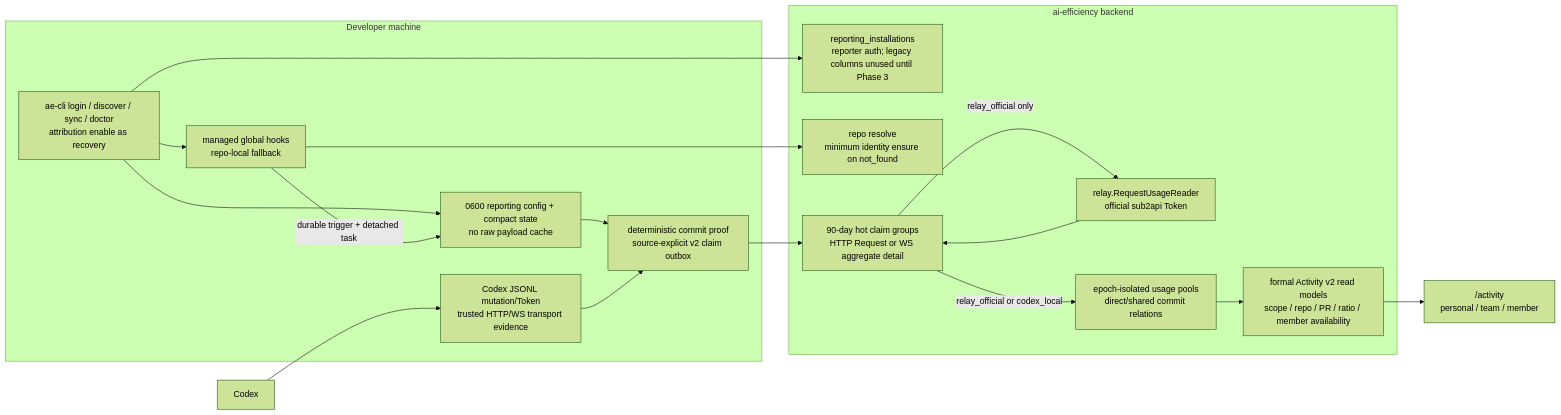
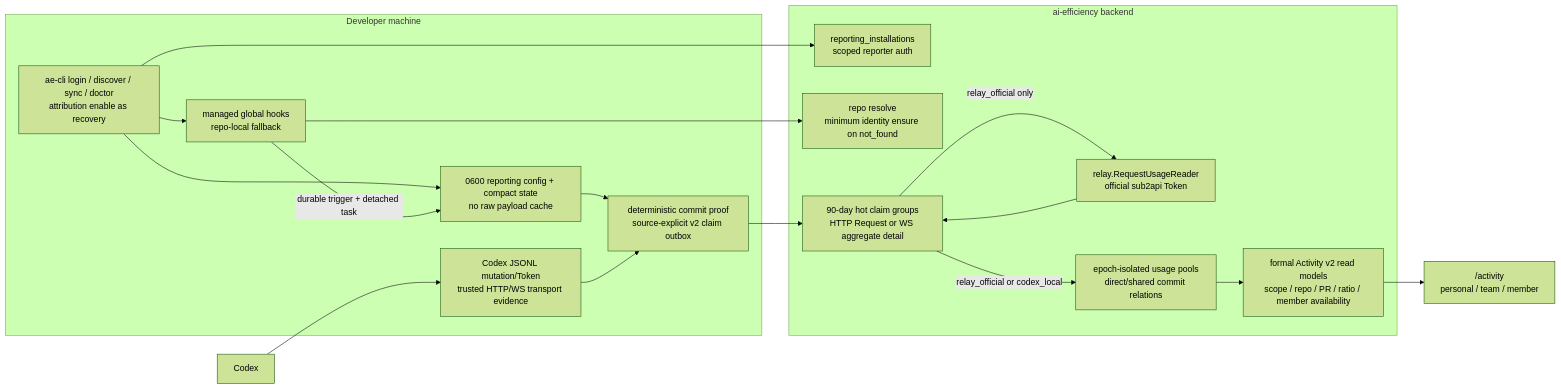
Before and after one commit to LichKing-2234/ai-efficiency: the fourth of 4 diagrams in docs/architecture.md, drawn with Mermaid (forest theme). The commit also changed other lines of this file and 2 other files, not shown here.

Commit message:
docs(attribution): close out phase 3 production rollout

````diff
--- a/docs/architecture.md
+++ b/docs/architecture.md
@@ -732,38 +732,38 @@
 ```mermaid
 flowchart LR
     Codex["Codex"]
 
     subgraph Local["Developer machine"]
         CLI["ae-cli login / discover / sync / doctor<br/>attribution enable as recovery"]
         Hooks["managed global hooks<br/>repo-local fallback"]
         Evidence["Codex JSONL mutation/Token<br/>trusted HTTP/WS transport evidence"]
         Claims["deterministic commit proof<br/>source-explicit v2 claim outbox"]
         State["0600 reporting config + compact state<br/>no raw payload cache"]
     end
 
     subgraph Backend["ai-efficiency backend"]
-        Install["reporting_installations<br/>reporter auth; legacy columns unused until Phase 3"]
+        Install["reporting_installations<br/>scoped reporter auth"]
         Resolve["repo resolve<br/>minimum identity ensure on not_found"]
         Hot["90-day hot claim groups<br/>HTTP Request or WS aggregate detail"]
         Relay["relay.RequestUsageReader<br/>official sub2api Token"]
         Pools["epoch-isolated usage pools<br/>direct/shared commit relations"]
         Activity["formal Activity v2 read models<br/>scope / repo / PR / ratio / member availability"]
     end
 
     UI["/activity<br/>personal / team / member"]
 
     CLI --> Install
     CLI --> Hooks
     CLI --> State
     Codex --> Evidence
     Hooks --> Resolve
     Hooks -->|"durable trigger + detached task"| State
     State --> Claims
     Evidence --> Claims
     Claims --> Hot
     Hot -->|"relay_official only"| Relay
     Relay --> Hot
     Hot -->|"relay_official or codex_local"| Pools
     Pools --> Activity
     Activity --> UI
 ```
````
